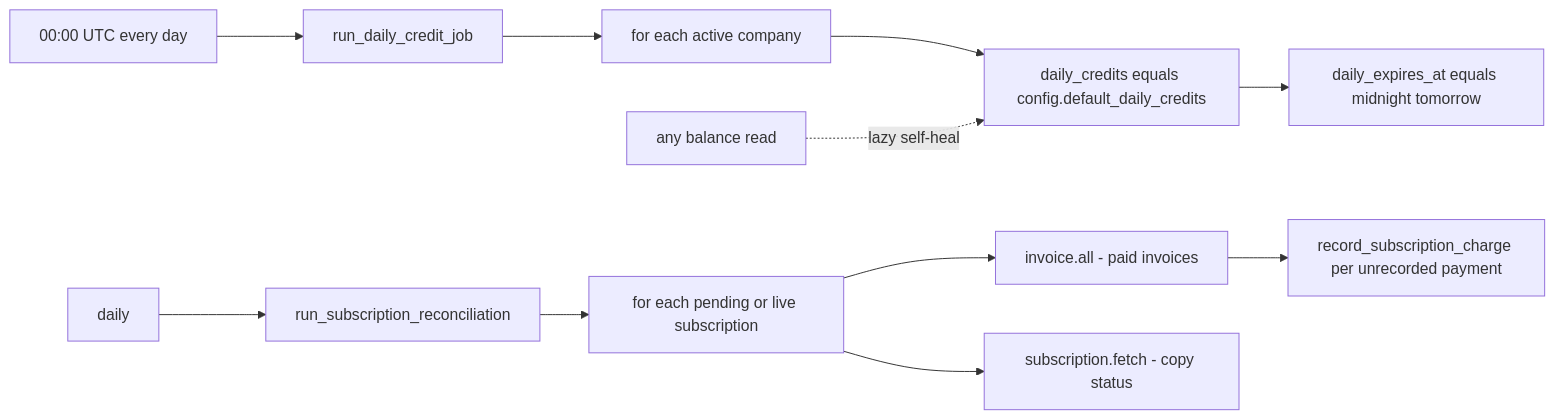
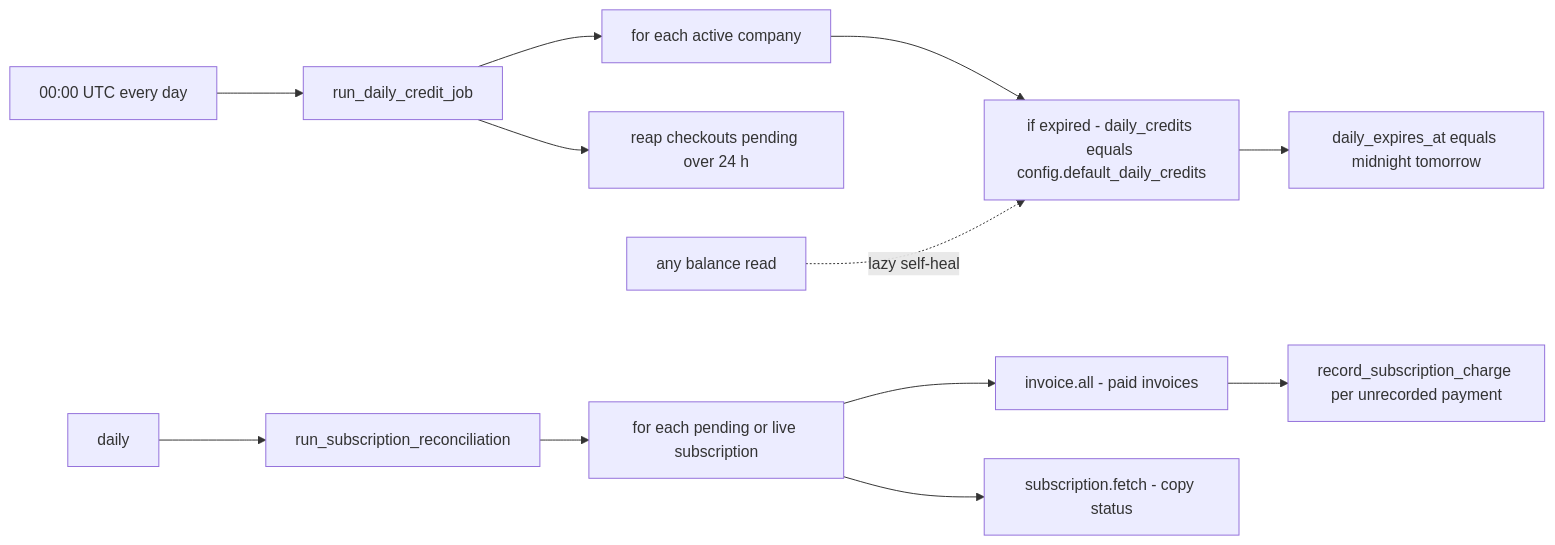
Diagram 21 of 25 in docs/current/14-billing-and-credits.md (gondolerahul/hire-buddha-app), drawn with Mermaid before and after one commit. The commit also changed other lines of this file and 6 other files, not shown here.

````diff
--- a/docs/current/14-billing-and-credits.md
+++ b/docs/current/14-billing-and-credits.md
@@ -1194,15 +1194,16 @@
 ```mermaid
 flowchart LR
     T0["00:00 UTC every day"] --> D["run_daily_credit_job"]
     D --> D1["for each active company"]
-    D1 --> D2["daily_credits equals config.default_daily_credits"]
+    D1 --> D2["if expired - daily_credits equals config.default_daily_credits"]
     D2 --> D3["daily_expires_at equals midnight tomorrow"]
+    D --> R["reap checkouts pending over 24 h"]
 
     T1["daily"] --> M["run_subscription_reconciliation"]
     M --> M1["for each pending or live subscription"]
     M1 --> M2["invoice.all - paid invoices"]
     M2 --> M3["record_subscription_charge per unrecorded payment"]
     M1 --> M4["subscription.fetch - copy status"]
 
     ANY["any balance read"] -.->|"lazy self-heal"| D2
 ```
````
